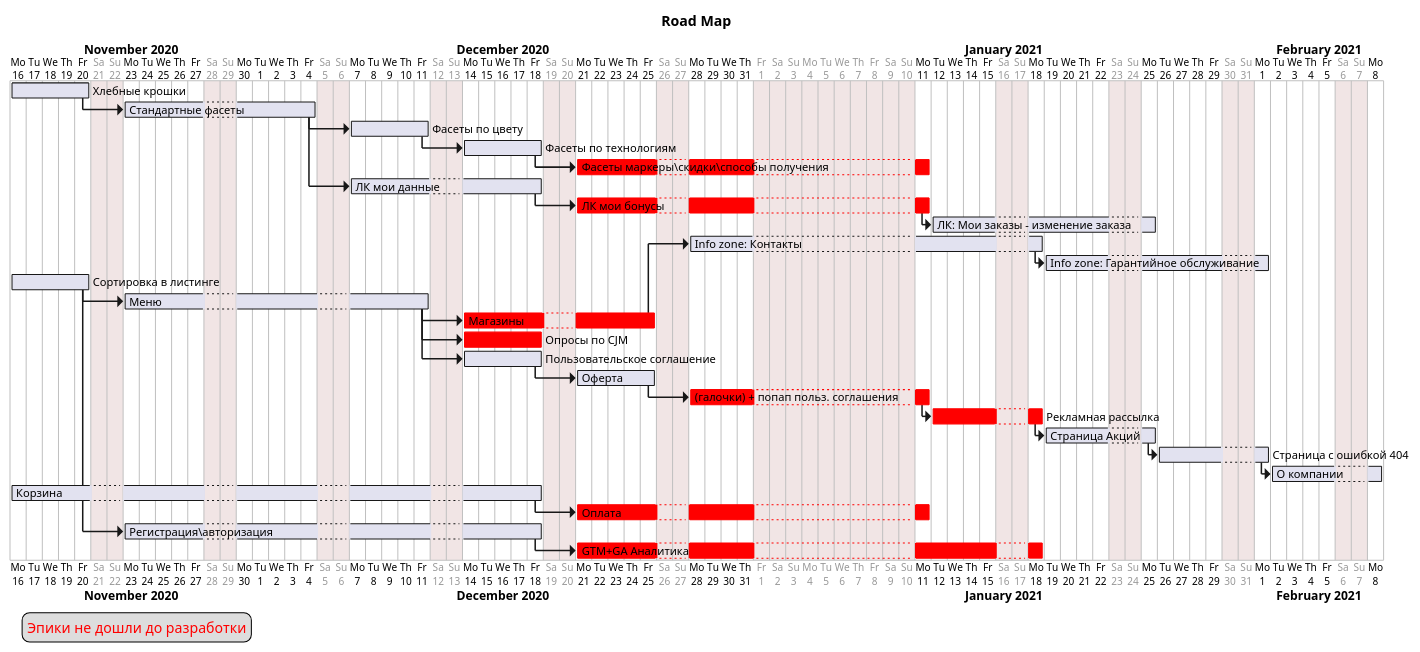
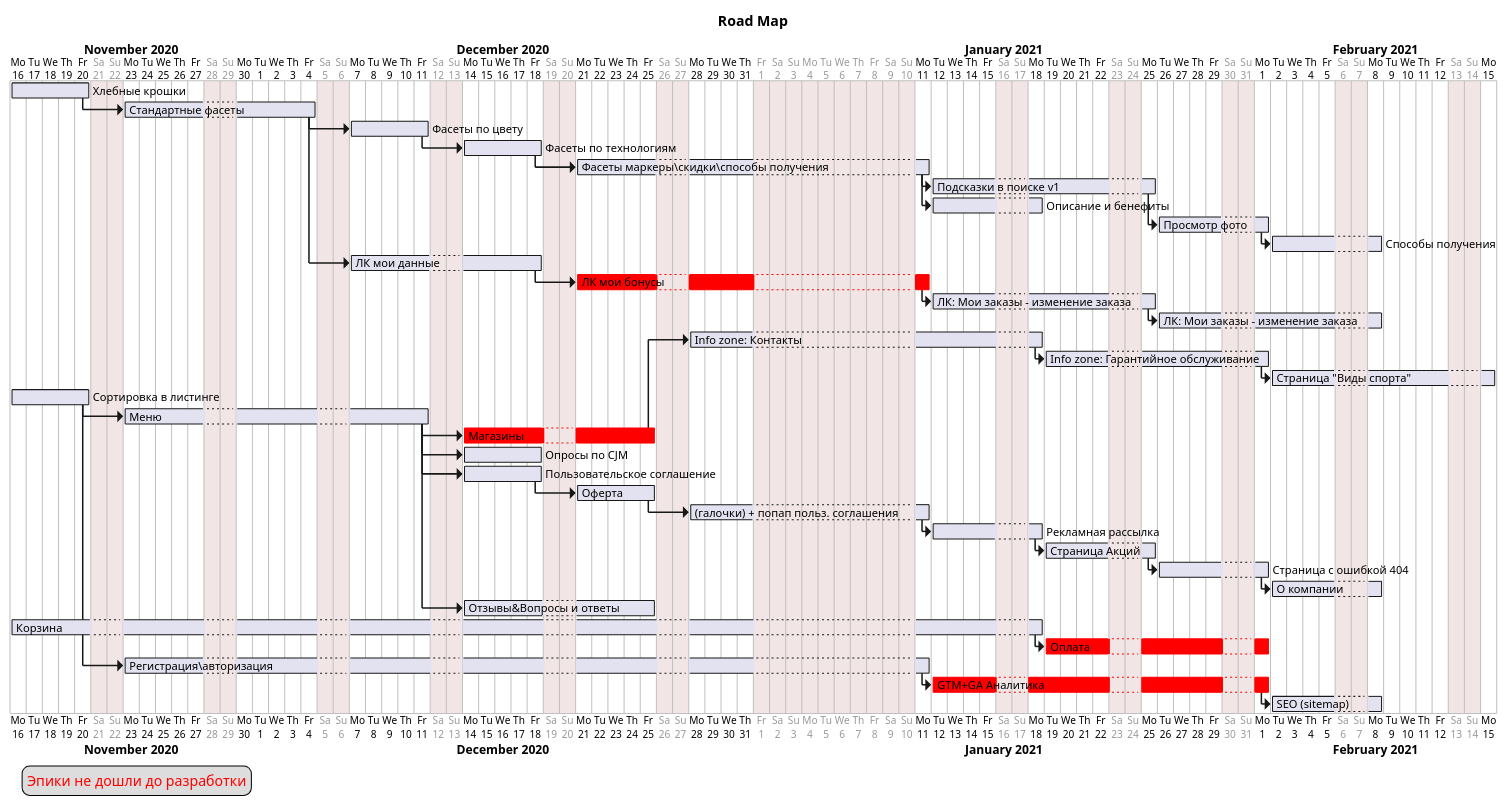
One commit to ViKt0R-K/plantuml changed the diagram in roadMap.puml. Above: the diagram before and after it, drawn with PlantUML.

Commit message:
обновил дк

```diff
--- a/roadMap.puml
+++ b/roadMap.puml
@@ -1,80 +1,97 @@
 @startgantt
 
 title Road Map
 
 project starts the 2020/11/16
 saturday are closed
 sunday are closed
 '2020/12/09 is closed
 2021/01/01 to 2021/01/10 is closed
 
 [Хлебные крошки] as [categoryBranch] lasts 1 week
 [Стандартные фасеты] as [fasets] lasts 2 week
 [Фасеты по цвету] as [fasetsC] lasts 1 week
 [Фасеты по технологиям] as [fasetsT] lasts 1 week
 [Фасеты маркеры\скидки\способы получения] as [fasetsH] lasts 2 week
+[Подсказки в поиске v1] as [search] lasts 2 week
+[Описание и бенефиты] as [benifits] lasts 1 week
+[Просмотр фото] as [photo] lasts 1 week
+[Способы получения] as [shipment] lasts 1 week
 
 [ЛК мои данные] as [userHome] lasts 2 week
 [ЛК мои бонусы] as [userBonus] lasts 2 week
 [ЛК: Мои заказы - изменение заказа] as [order] lasts 2 week
+[ЛК: Мои заказы - изменение заказа] as [change_order] lasts 2 week
+
 [Info zone: Контакты] as [Info_zone_K] lasts 2 week
 [Info zone: Гарантийное обслуживание​] as [Info_zone_G] lasts 2 week
+[Страница "Виды спорта"] as [sports] lasts 2 week
 
 [Сортировка в листинге] as [sort] lasts 1 week
 [Меню] as [menu] lasts 3 week
 [Магазины] as [store] lasts 2 week
 [Опросы по CJM] as [cjm] lasts 1 week
 [Пользовательское соглашение] as [privacy] lasts 1 week
 [Оферта] as [oferta] lasts 1 week
 [(галочки) + попап польз. соглашения] as [privacyPopUp] lasts 1 week
 [Рекламная рассылка] as [promo] lasts 1 week
 [Страница Акций] as [action] lasts 1 week
 [Страница с ошибкой 404] as [404] lasts 1 week
 [О компании] as [about] lasts 1 week
 
-[Корзина] as [cart] lasts 5 week
+[Отзывы&Вопросы и ответы] as [ot_kt] lasts 2 week
+
+[Корзина] as [cart] lasts 8 week
 [Оплата] as [checkout] lasts 2 week
 
-[Регистрация\авторизация] as [auth] lasts 4 week
+[Регистрация\авторизация] as [auth] lasts 6 week
 [GTM+GA Аналитика] as [gtmGa] lasts 3 week
+[SEO (sitemap)] as [seo] lasts 1 week
 
-[fasetsH] is colored in red
 [store] is colored in red
 [userBonus] is colored in red
-[cjm] is colored in red
-[privacyPopUp] is colored in red
-[promo] is colored in red
 [gtmGa] is colored in red
 [checkout] is colored in red
 
 [categoryBranch]->[fasets]
 [fasets]->[fasetsC]
 [fasetsC]->[fasetsT]
 [fasetsT]->[fasetsH]
+[fasetsH]->[search]
+[search]->[photo]
+[photo]->[shipment]
+[fasetsH]->[benifits]
+
 [fasets]->[userHome]
 [userHome]->[userBonus]
 [userBonus]->[order]
+[order]->[change_order]
 
 [sort]->[menu]
 [menu]->[store]
 [store]->[Info_zone_K]
 [Info_zone_K]->[Info_zone_G]
+[Info_zone_G]->[sports]
+
 [menu]->[cjm]
 [menu]->[privacy]
 [privacy]->[oferta]
 [oferta]->[privacyPopUp]
 [privacyPopUp]-> [promo]
 [promo]-> [action]
 [action]-> [404]
 [404]-> [about]
 
+[menu]->[ot_kt]
+
 [cart]->[checkout]
 
 [sort]->[auth]
 [auth]->[gtmGa]
+[gtmGa]->[seo]
 
 legend left
 <font color=red>Эпики не дошли до разработки</font>
 endlegend
 
 @endgantt
```
